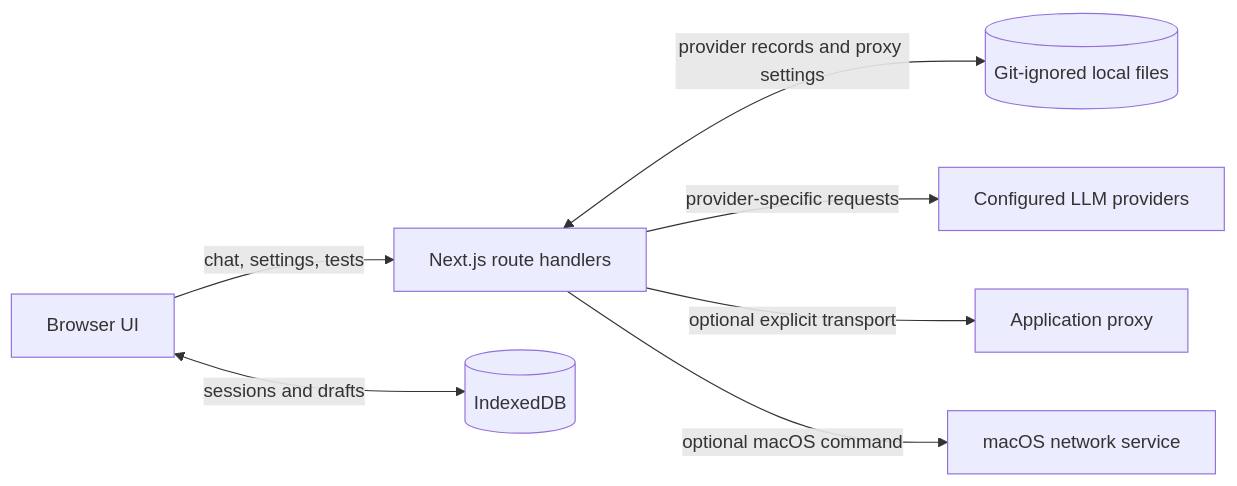
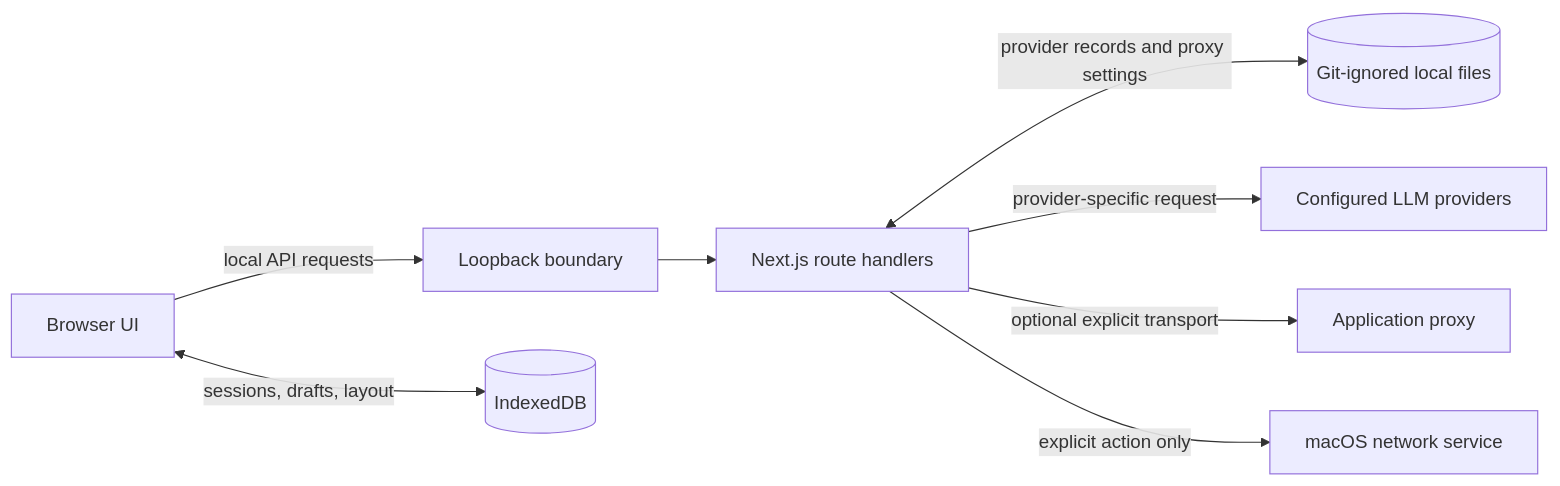
Before and after one commit to vimalanandans/ai-chat: the first of 2 diagrams in docs/ARCHITECTURE.md, drawn with Mermaid. The commit also changed other lines of this file and 7 other files, not shown here.

````diff
--- a/docs/ARCHITECTURE.md
+++ b/docs/ARCHITECTURE.md
@@ -7,9 +7,10 @@
 ```mermaid
 flowchart LR
-  Browser[Browser UI] -->|chat, settings, tests| Routes[Next.js route handlers]
-  Browser <-->|sessions and drafts| IDB[(IndexedDB)]
+  Browser[Browser UI] -->|local API requests| Guard[Loopback boundary]
+  Browser <-->|sessions, drafts, layout| IDB[(IndexedDB)]
+  Guard --> Routes[Next.js route handlers]
   Routes <-->|provider records and proxy settings| Local[(Git-ignored local files)]
-  Routes -->|provider-specific requests| Providers[Configured LLM providers]
-  Routes -->|optional explicit transport| Proxy[Application proxy]
-  Routes -->|optional macOS command| System[macOS network service]
+  Routes -->|provider-specific request| Providers[Configured LLM providers]
+  Routes -->|optional explicit transport| AppProxy[Application proxy]
+  Routes -->|explicit action only| System[macOS network service]
 ```
````
